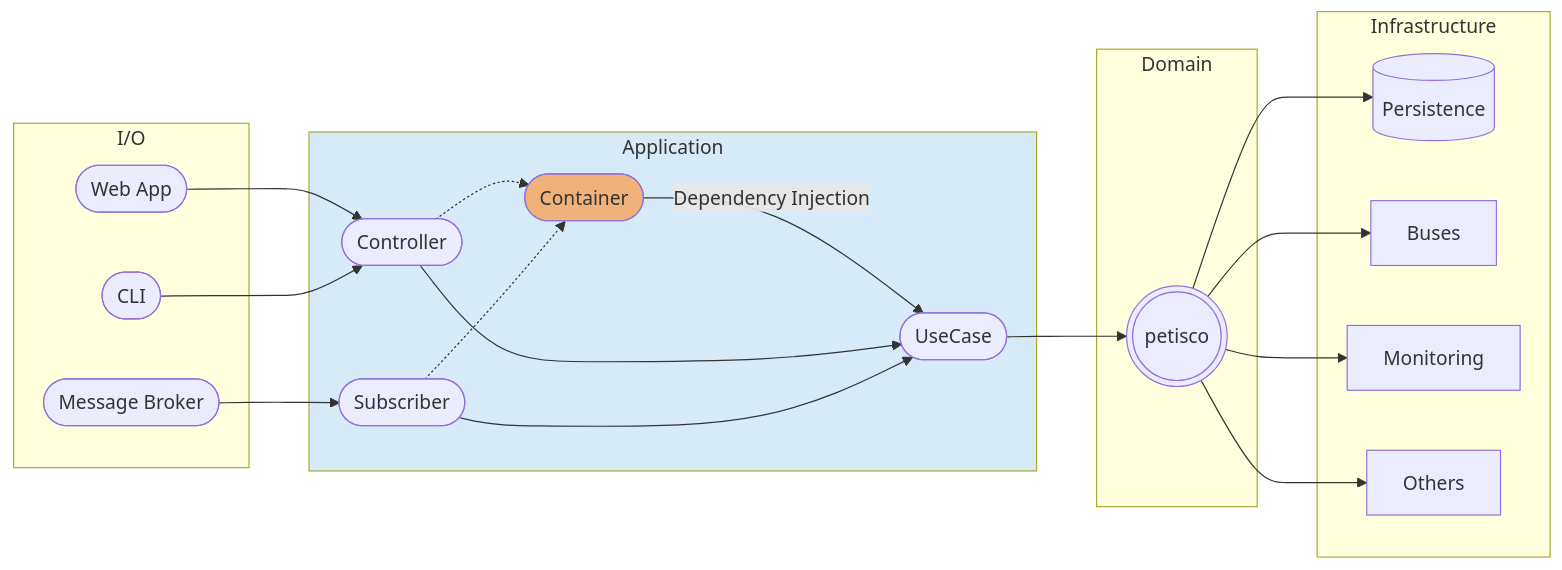
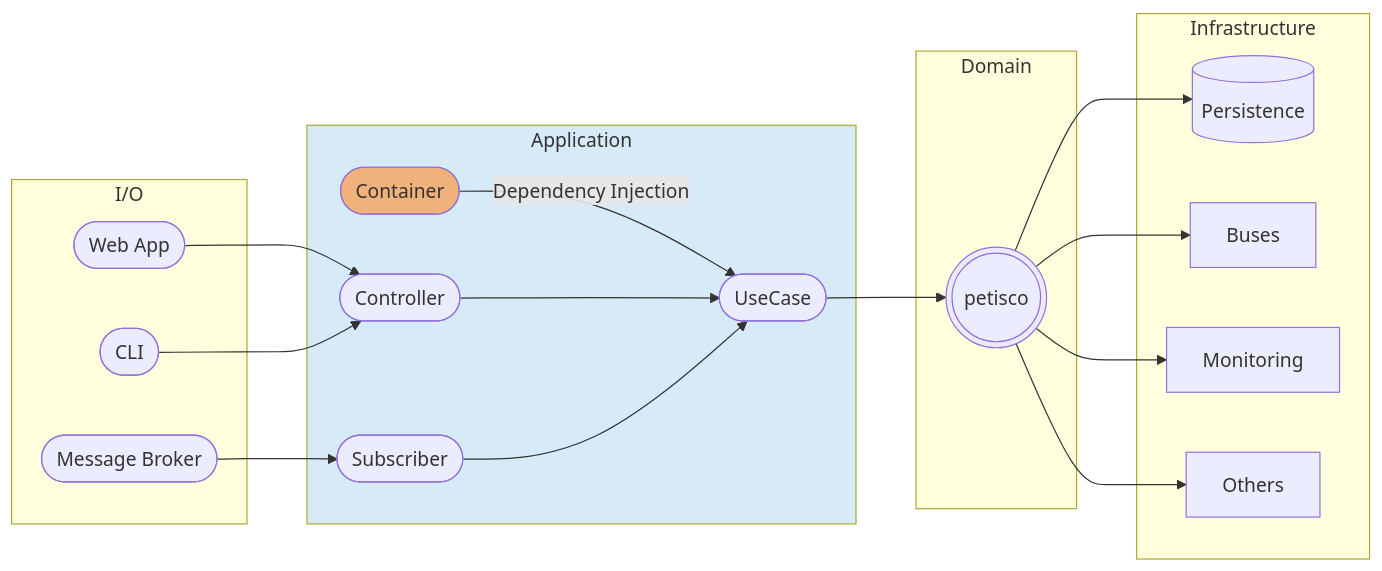
Before and after one commit to alice-biometrics/petisco: the second of 8 diagrams in docs/application.md, drawn with Mermaid. The commit also changed other lines of this file and 3 other files, not shown here.

````diff
--- a/docs/application.md
+++ b/docs/application.md
@@ -45,43 +50,42 @@
 ```mermaid
 flowchart LR
 
 		subgraph I/O
-		cli([CLI])
-        webapp([Web App])
-        message([Message Broker])
+            cli([CLI])
+            webapp([Web App])
+            message([Message Broker])
 		end
 		
-		dic([Container])		
-		dic-- Dependency Injection -->usecase
+
 
 		subgraph Application
-		controller([Controller])
-		usecase([UseCase])
-		subscriber([Subscriber])
-		controller .-> dic
-		subscriber .-> dic
-		controller --> usecase
-		subscriber --> usecase
+			dic([Container])		
+		    dic-- Dependency Injection -->usecase
+            controller([Controller])
+            usecase([UseCase])
+            subscriber([Subscriber])
+            controller --> usecase
+            subscriber --> usecase
 		end
 		
 		webapp --> controller
 		cli --> controller
 		message --> subscriber
 
 		subgraph Domain
         petisco(((petisco)))
 		end
 		
 		usecase --> petisco
 
 		subgraph Infrastructure
-		Persistence[(Persistence)]
-		petisco --> Persistence
-		petisco --> Buses
-		petisco --> Monitoring
-		petisco --> Others
+            Persistence[(Persistence)]
+            petisco --> Persistence
+            petisco --> Buses
+            petisco --> Monitoring
+            petisco --> Others
 		end
 		
 		style dic fill:#F0B27A
 		style Application fill:#D6EAF8
 ```
````
